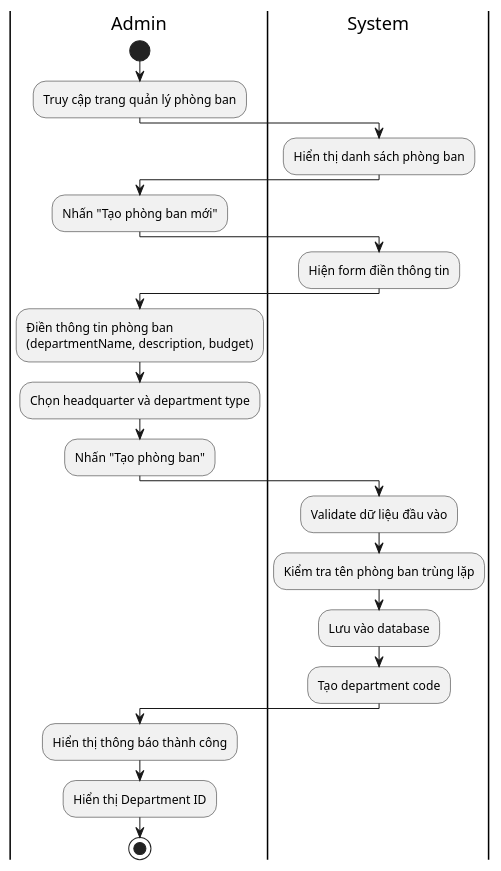
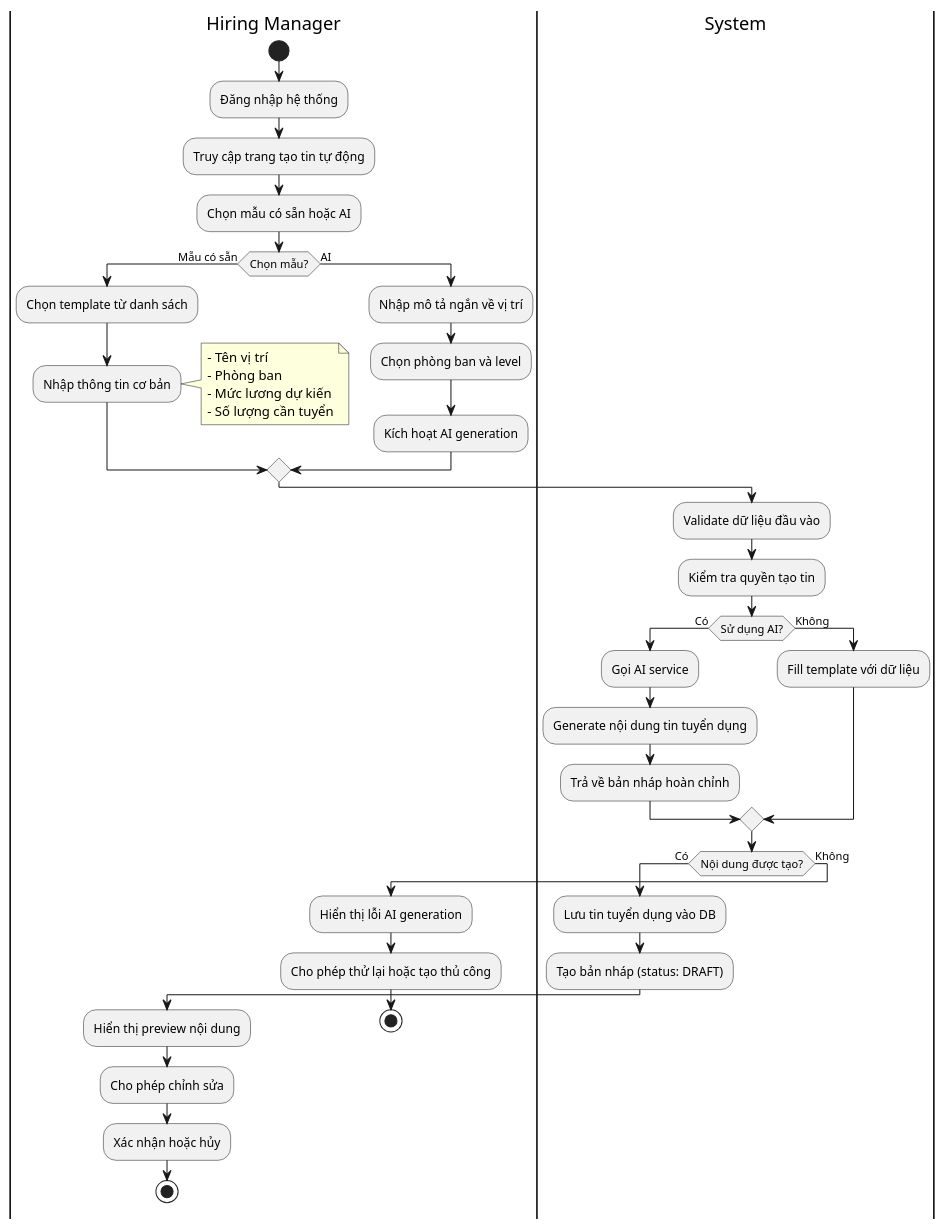
One commit to felix-253/TechLeet-server changed the diagram in sequence/UC-03/UC-03-activity-diagram.wsd. Above: the diagram before and after it, drawn with PlantUML. The commit also changed 30 other files, not shown here.

```diff
--- a/sequence/UC-03/UC-03-activity-diagram.wsd
+++ b/sequence/UC-03/UC-03-activity-diagram.wsd
@@ -1,30 +1,52 @@
-@startuml UC-03: Quản lý phòng ban
+@startuml UC-03: Tạo tin tuyển dụng tự động
 
-|Admin|
+|Hiring Manager|
 start
-:Truy cập trang quản lý phòng ban;
-|System|
-:Hiển thị danh sách phòng ban;
+:Đăng nhập hệ thống;
+:Truy cập trang tạo tin tự động;
+:Chọn mẫu có sẵn hoặc AI;
 
-|Admin|
-:Nhấn "Tạo phòng ban mới";
-|System|
-:Hiện form điền thông tin;
-
-|Admin|
-:Điền thông tin phòng ban\n(departmentName, description, budget);
-:Chọn headquarter và department type;
-:Nhấn "Tạo phòng ban";
+if (Chọn mẫu?) then (Mẫu có sẵn)
+  :Chọn template từ danh sách;
+  :Nhập thông tin cơ bản;
+  note right
+    - Tên vị trí
+    - Phòng ban
+    - Mức lương dự kiến
+    - Số lượng cần tuyển
+  end note
+else (AI)
+  :Nhập mô tả ngắn về vị trí;
+  :Chọn phòng ban và level;
+  :Kích hoạt AI generation;
+end if
 
 |System|
 :Validate dữ liệu đầu vào;
-:Kiểm tra tên phòng ban trùng lặp;
-:Lưu vào database;
-:Tạo department code;
+:Kiểm tra quyền tạo tin;
 
-|Admin|
-:Hiển thị thông báo thành công;
-:Hiển thị Department ID;
-stop
+if (Sử dụng AI?) then (Có)
+  :Gọi AI service;
+  :Generate nội dung tin tuyển dụng;
+  :Trả về bản nháp hoàn chỉnh;
+else (Không)
+  :Fill template với dữ liệu;
+end if
+
+if (Nội dung được tạo?) then (Có)
+  :Lưu tin tuyển dụng vào DB;
+  :Tạo bản nháp (status: DRAFT);
+  
+  |Hiring Manager|
+  :Hiển thị preview nội dung;
+  :Cho phép chỉnh sửa;
+  :Xác nhận hoặc hủy;
+  stop
+else (Không)
+  |Hiring Manager|
+  :Hiển thị lỗi AI generation;
+  :Cho phép thử lại hoặc tạo thủ công;
+  stop
+endif
 
 @enduml
```
